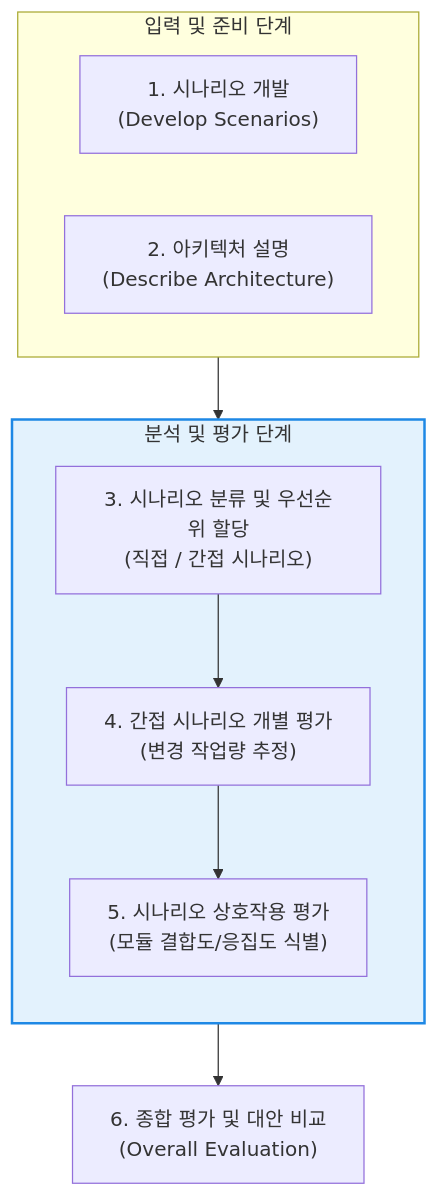
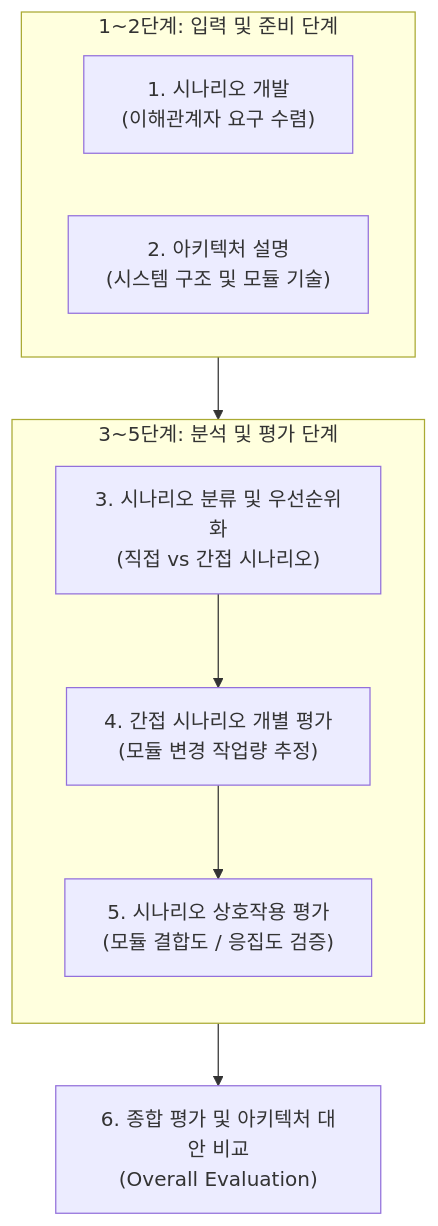
One commit to supremethumb/supremethumb.github.io changed the diagram in content/01_IT Tech/SAAM.md. Above: the diagram before and after it, drawn with Mermaid. The commit also changed other lines of this file and 362 other files, not shown here.

````diff
--- a/content/01_IT Tech/SAAM.md
+++ b/content/01_IT Tech/SAAM.md
@@ -27,23 +31,20 @@
 ```mermaid
 flowchart TD
-    subgraph Input_Phase ["입력 및 준비 단계"]
+    subgraph Input_Phase ["1~2단계: 입력 및 준비 단계"]
         direction LR
-        S1["1. 시나리오 개발<br/>(Develop Scenarios)"]
-        S2["2. 아키텍처 설명<br/>(Describe Architecture)"]
+        S1["1. 시나리오 개발<br/>(이해관계자 요구 수렴)"]
+        S2["2. 아키텍처 설명<br/>(시스템 구조 및 모듈 기술)"]
     end
 
-    subgraph Evaluation_Phase ["분석 및 평가 단계"]
+    subgraph Evaluation_Phase ["3~5단계: 분석 및 평가 단계"]
         direction TB
-        S3["3. 시나리오 분류 및 우선순위 할당<br/>(직접 / 간접 시나리오)"]
-        S4["4. 간접 시나리오 개별 평가<br/>(변경 작업량 추정)"]
-        S5["5. 시나리오 상호작용 평가<br/>(모듈 결합도/응집도 식별)"]
+        S3["3. 시나리오 분류 및 우선순위화<br/>(직접 vs 간접 시나리오)"]
+        S4["4. 간접 시나리오 개별 평가<br/>(모듈 변경 작업량 추정)"]
+        S5["5. 시나리오 상호작용 평가<br/>(모듈 결합도 / 응집도 검증)"]
     end
 
-    S6["6. 종합 평가 및 대안 비교<br/>(Overall Evaluation)"]
+    S6["6. 종합 평가 및 아키텍처 대안 비교<br/>(Overall Evaluation)"]
 
     Input_Phase --> S3
     S3 --> S4 --> S5 --> S6
-    
-    style Evaluation_Phase fill:#e3f2fd,stroke:#1e88e5,stroke-width:2px
-
 ```
````
